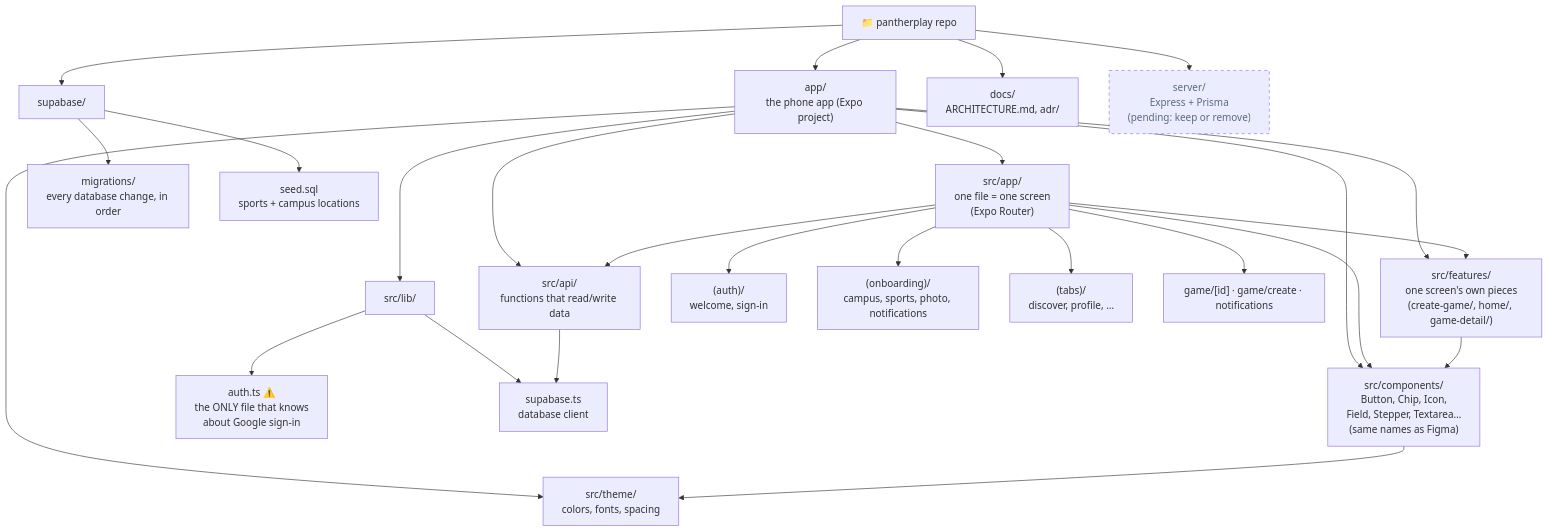
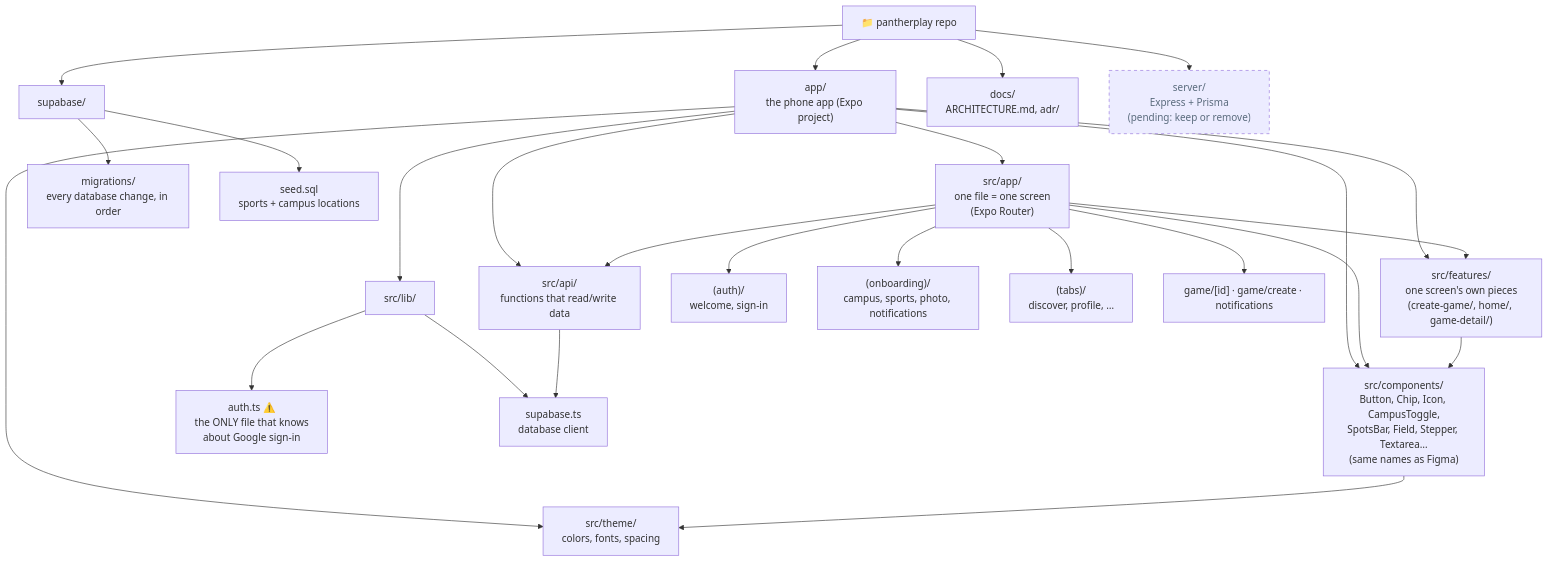
One commit to aymanlaassel/pantherplay changed the second of 9 diagrams in docs/ARCHITECTURE.md. Above: the diagram before and after it, drawn with Mermaid. The commit also changed other lines of this file and 12 other files, not shown here.

Commit message:
Add campus toggle and spots bar to Home

````diff
--- a/docs/ARCHITECTURE.md
+++ b/docs/ARCHITECTURE.md
@@ -84,37 +84,37 @@
 ```mermaid
 flowchart TB
   Repo["📁 pantherplay repo"]
 
   Repo --> AppProj["app/<br/>the phone app (Expo project)"]
   Repo --> Supa["supabase/"]
   Repo --> Docs["docs/<br/>ARCHITECTURE.md, adr/"]
   Repo --> Server["server/<br/>Express + Prisma<br/>(pending: keep or remove)"]
 
   AppProj --> Screens["src/app/<br/>one file = one screen<br/>(Expo Router)"]
-  AppProj --> Comp["src/components/<br/>Button, Chip, Icon,<br/>Field, Stepper, Textarea…<br/>(same names as Figma)"]
+  AppProj --> Comp["src/components/<br/>Button, Chip, Icon, CampusToggle,<br/>SpotsBar, Field, Stepper, Textarea…<br/>(same names as Figma)"]
   AppProj --> Feat["src/features/<br/>one screen's own pieces<br/>(create-game/, home/, game-detail/)"]
   AppProj --> Theme["src/theme/<br/>colors, fonts, spacing"]
   AppProj --> Api["src/api/<br/>functions that read/write data"]
   AppProj --> Lib["src/lib/"]
 
   Screens --> AuthScreens["(auth)/<br/>welcome, sign-in"]
   Screens --> Onb["(onboarding)/<br/>campus, sports, photo, notifications"]
   Screens --> Tabs["(tabs)/<br/>discover, profile, …"]
   Screens --> Pushed["game/[id] · game/create · notifications"]
 
   Lib --> AuthTs["auth.ts ⚠️<br/>the ONLY file that knows<br/>about Google sign-in"]
   Lib --> Client["supabase.ts<br/>database client"]
 
   Supa --> Mig["migrations/<br/>every database change, in order"]
   Supa --> Seed["seed.sql<br/>sports + campus locations"]
 
   Comp --> Theme
   Screens --> Comp
   Screens --> Feat
   Feat --> Comp
   Screens --> Api
   Api --> Client
 
   classDef pending stroke-dasharray: 5 5,color:#5A6B7D
   class Server pending
 ```
````
